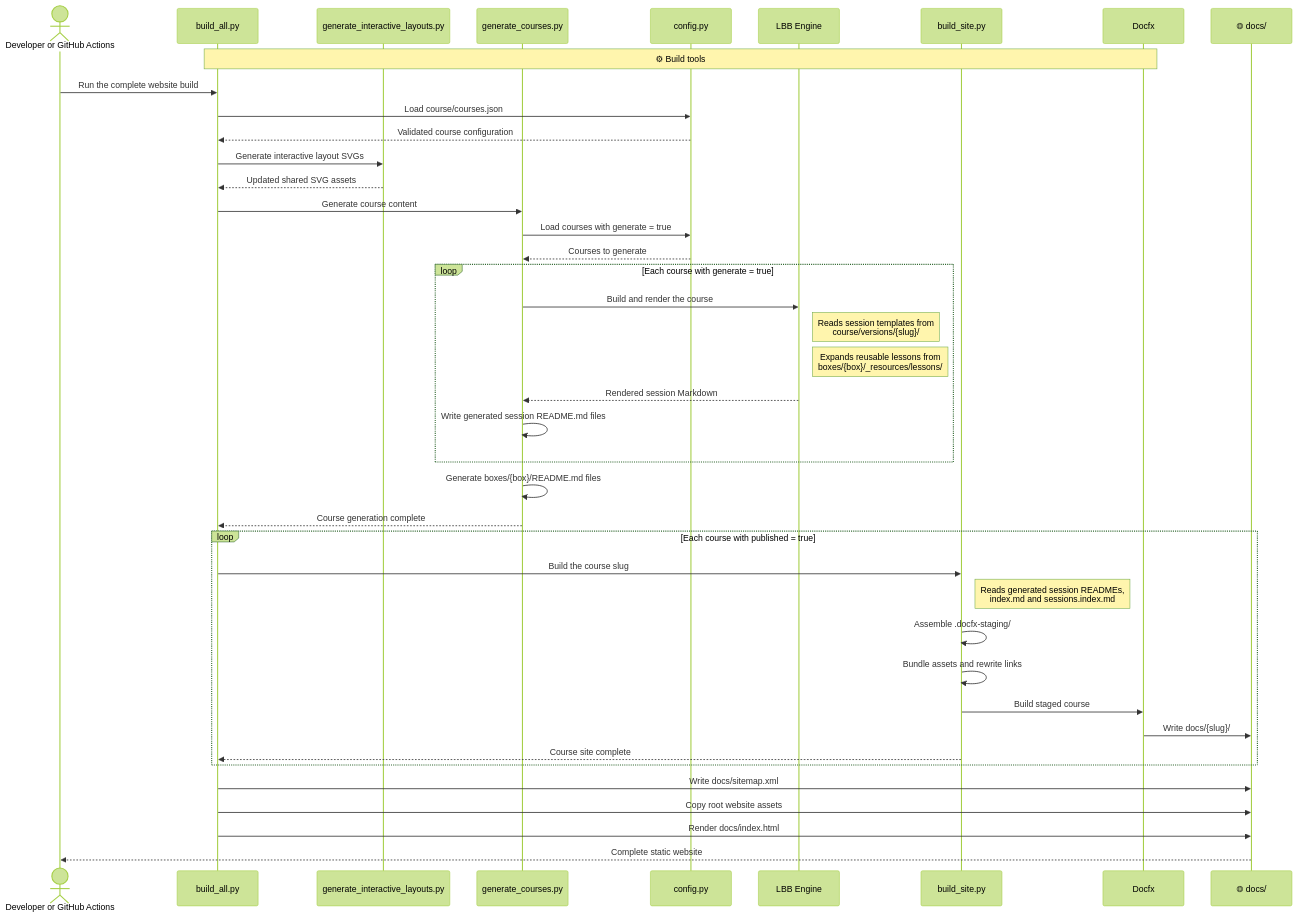
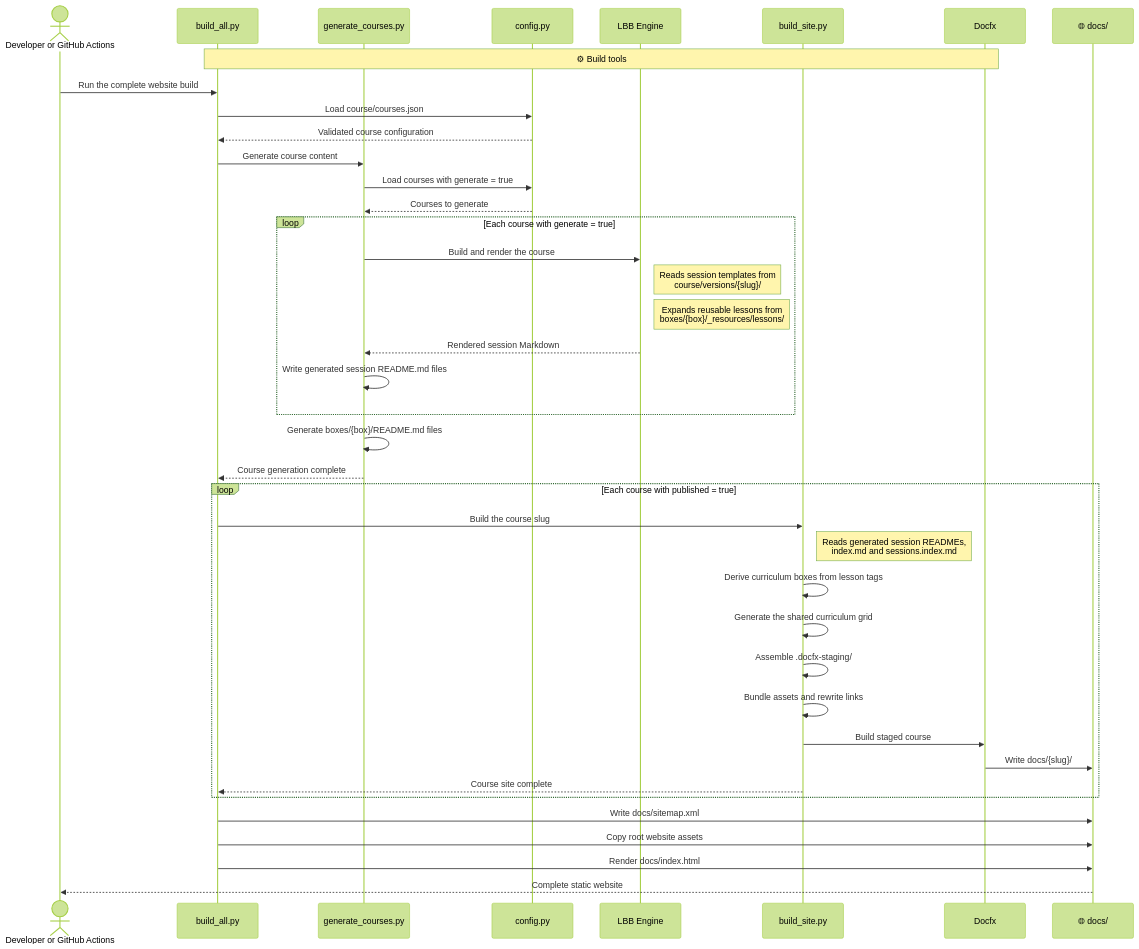
One commit to NoBlackBoxes/LastBlackBox changed the second of 2 diagrams in course/tools/docfx/README.md. Above: the diagram before and after it, drawn with Mermaid (forest theme). The commit also changed other lines of this file and 11 other files, not shown here.

First line of the commit message:
feat(docs): generate course landing grids from lesson tags

````diff
--- a/course/tools/docfx/README.md
+++ b/course/tools/docfx/README.md
@@ -96,53 +97,51 @@
 ```mermaid
 sequenceDiagram
     actor Runner as Developer or GitHub Actions
     participant Build as build_all.py
-    participant Layouts as generate_interactive_layouts.py
     participant Courses as generate_courses.py
     participant Config as config.py
     participant Engine as LBB Engine
     participant Site as build_site.py
     participant Docfx
     participant Output as 🌐︎ docs/
 
     Note over Build,Docfx: ⚙︎ Build tools
 
     Runner->>Build: Run the complete website build
 
     Build->>Config: Load course/courses.json
     Config-->>Build: Validated course configuration
-
-    Build->>Layouts: Generate interactive layout SVGs
-    Layouts-->>Build: Updated shared SVG assets
 
     Build->>Courses: Generate course content
     Courses->>Config: Load courses with generate = true
     Config-->>Courses: Courses to generate
 
     loop Each course with generate = true
         Courses->>Engine: Build and render the course
         Note right of Engine: Reads session templates from<br/>course/versions/{slug}/
         Note right of Engine: Expands reusable lessons from<br/>boxes/{box}/_resources/lessons/
         Engine-->>Courses: Rendered session Markdown
         Courses->>Courses: Write generated session README.md files
     end
 
     Courses->>Courses: Generate boxes/{box}/README.md files
     Courses-->>Build: Course generation complete
 
     loop Each course with published = true
         Build->>Site: Build the course slug
         Note right of Site: Reads generated session READMEs,<br/>index.md and sessions.index.md
+        Site->>Site: Derive curriculum boxes from lesson tags
+        Site->>Site: Generate the shared curriculum grid
         Site->>Site: Assemble .docfx-staging/
         Site->>Site: Bundle assets and rewrite links
         Site->>Docfx: Build staged course
         Docfx->>Output: Write docs/{slug}/
         Site-->>Build: Course site complete
     end
 
     Build->>Output: Write docs/sitemap.xml
     Build->>Output: Copy root website assets
     Build->>Output: Render docs/index.html
 
     Output-->>Runner: Complete static website
 ```
````
